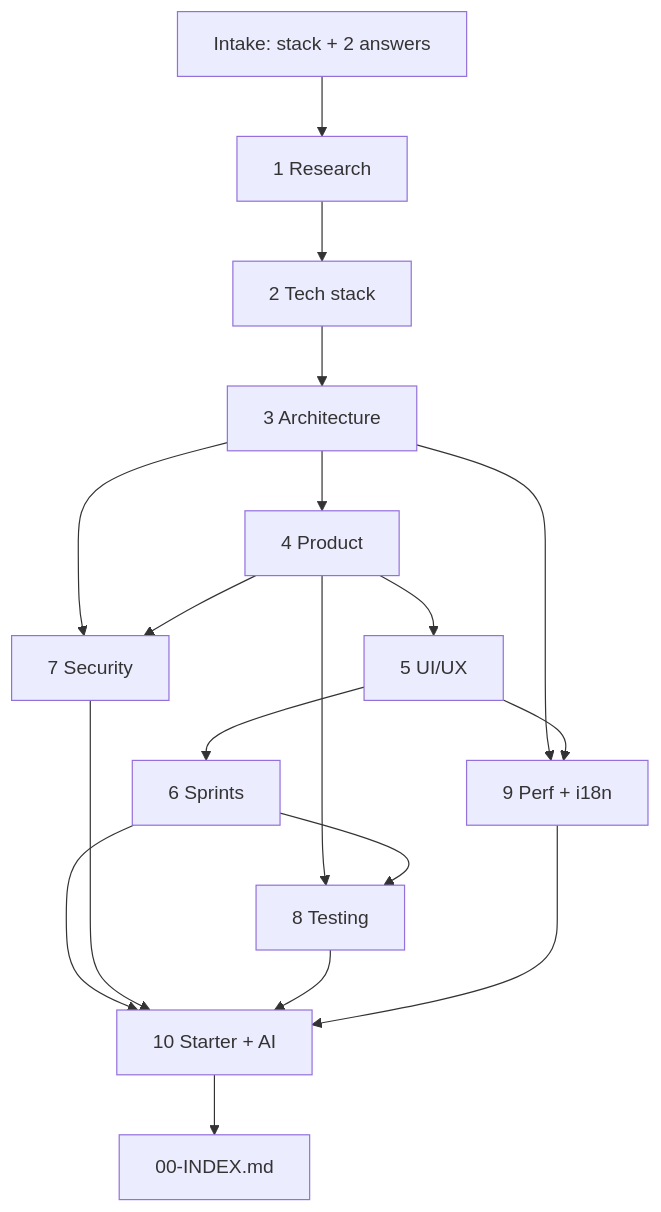
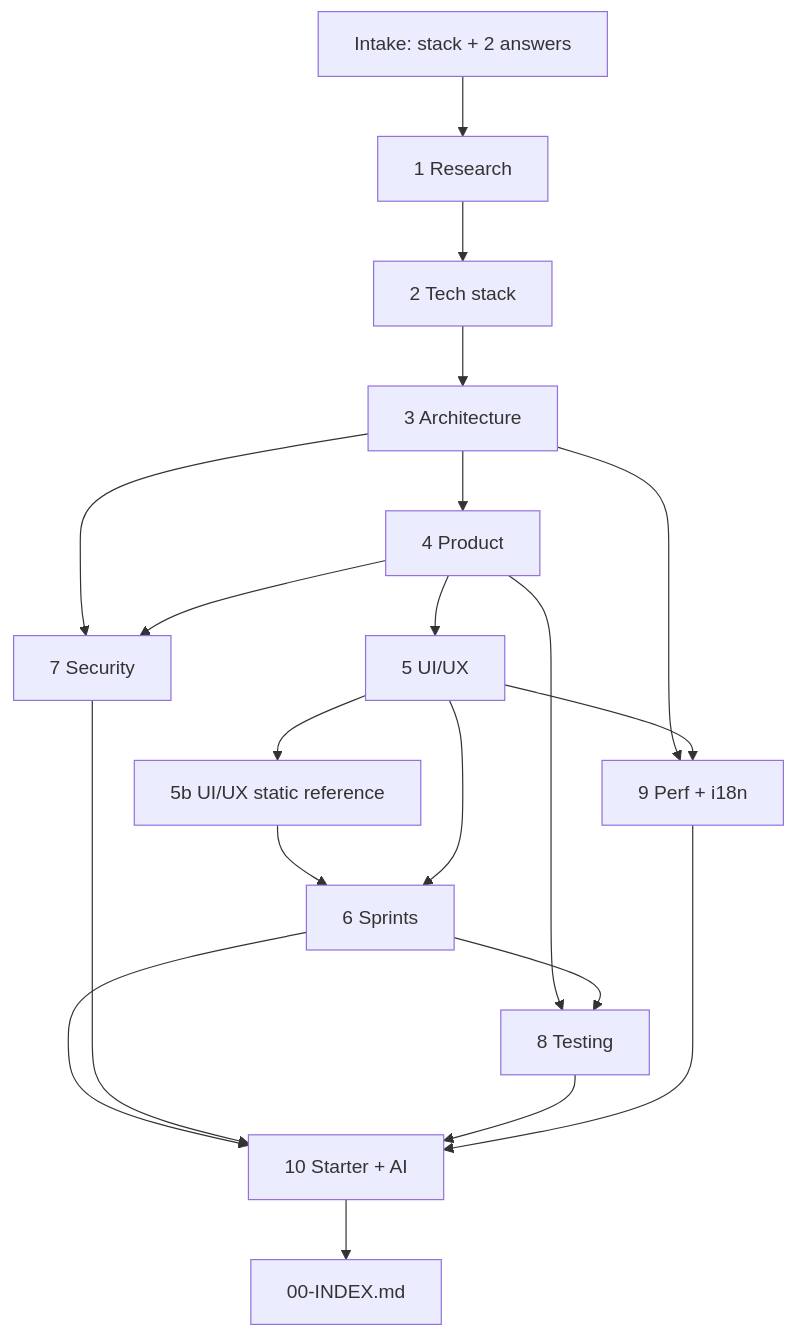
The diagram in AI/FrontendForge/Docs/PIPELINE.md (RajkishoreJena30/StudyNote), drawn with Mermaid before and after one commit. The commit also changed other lines of this file and 11 other files, not shown here.

````diff
--- a/AI/FrontendForge/Docs/PIPELINE.md
+++ b/AI/FrontendForge/Docs/PIPELINE.md
@@ -27,20 +28,22 @@
 ```mermaid
 flowchart TD
     I[Intake: stack + 2 answers] --> P1[1 Research]
     P1 --> P2[2 Tech stack]
     P2 --> P3[3 Architecture]
     P3 --> P4[4 Product]
     P4 --> P5[5 UI/UX]
-    P5 --> P6[6 Sprints]
+    P5 --> P5b[5b UI/UX static reference]
+    P5b --> P6[6 Sprints]
+    P5 --> P6
     P3 --> P7[7 Security]
     P4 --> P7
     P4 --> P8[8 Testing]
     P6 --> P8
     P3 --> P9[9 Perf + i18n]
     P5 --> P9
     P6 --> P10[10 Starter + AI]
     P7 --> P10
     P8 --> P10
     P9 --> P10
     P10 --> IDX[00-INDEX.md]
 ```
````
